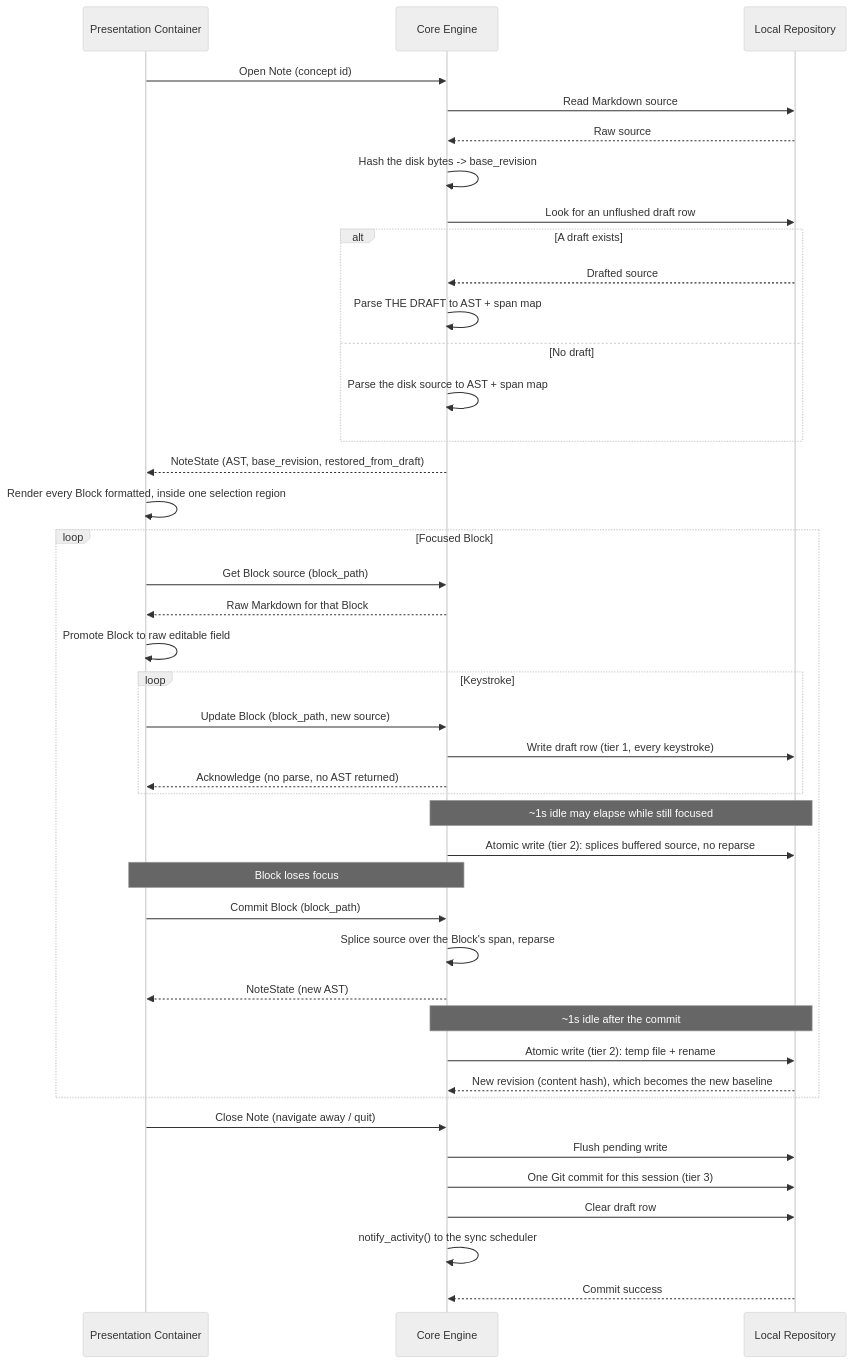
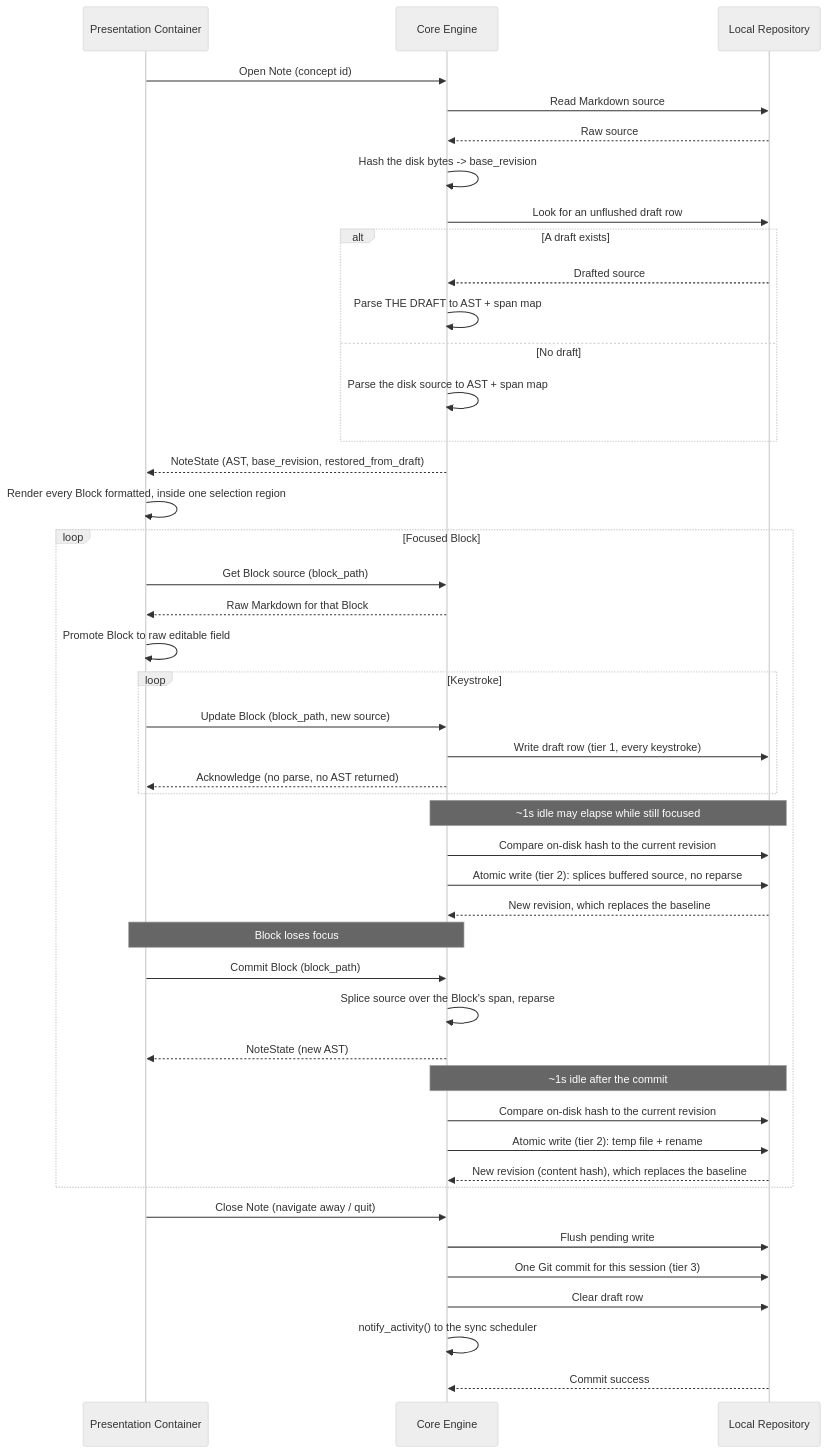
The diagram in .constitution/architecture/flows/flow-edit-note.md (SkrOYC/burlmd), drawn with Mermaid (neutral theme) before and after one commit. The commit also changed 12 other files, not shown here.

````diff
--- a/.constitution/architecture/flows/flow-edit-note.md
+++ b/.constitution/architecture/flows/flow-edit-note.md
@@ -5,52 +5,55 @@
 ```mermaid
 sequenceDiagram
     participant UI as Presentation Container
     participant Core as Core Engine
     participant Local as Local Repository
 
     UI->>Core: Open Note (concept id)
     Core->>Local: Read Markdown source
     Local-->>Core: Raw source
     Core->>Core: Hash the disk bytes -> base_revision
     Core->>Local: Look for an unflushed draft row
     alt A draft exists
         Local-->>Core: Drafted source
         Core->>Core: Parse THE DRAFT to AST + span map
     else No draft
         Core->>Core: Parse the disk source to AST + span map
     end
     Core-->>UI: NoteState (AST, base_revision, restored_from_draft)
 
     UI->>UI: Render every Block formatted, inside one selection region
 
     loop Focused Block
         UI->>Core: Get Block source (block_path)
         Core-->>UI: Raw Markdown for that Block
         UI->>UI: Promote Block to raw editable field
 
         loop Keystroke
             UI->>Core: Update Block (block_path, new source)
             Core->>Local: Write draft row (tier 1, every keystroke)
             Core-->>UI: Acknowledge (no parse, no AST returned)
         end
 
         Note over Core,Local: ~1s idle may elapse while still focused
+        Core->>Local: Compare on-disk hash to the current revision
         Core->>Local: Atomic write (tier 2): splices buffered source, no reparse
+        Local-->>Core: New revision, which replaces the baseline
 
         Note over UI,Core: Block loses focus
         UI->>Core: Commit Block (block_path)
         Core->>Core: Splice source over the Block's span, reparse
         Core-->>UI: NoteState (new AST)
 
         Note over Core,Local: ~1s idle after the commit
+        Core->>Local: Compare on-disk hash to the current revision
         Core->>Local: Atomic write (tier 2): temp file + rename
-        Local-->>Core: New revision (content hash), which becomes the new baseline
+        Local-->>Core: New revision (content hash), which replaces the baseline
     end
 
     UI->>Core: Close Note (navigate away / quit)
     Core->>Local: Flush pending write
     Core->>Local: One Git commit for this session (tier 3)
     Core->>Local: Clear draft row
     Core->>Core: notify_activity() to the sync scheduler
     Local-->>Core: Commit success
 ```
````
